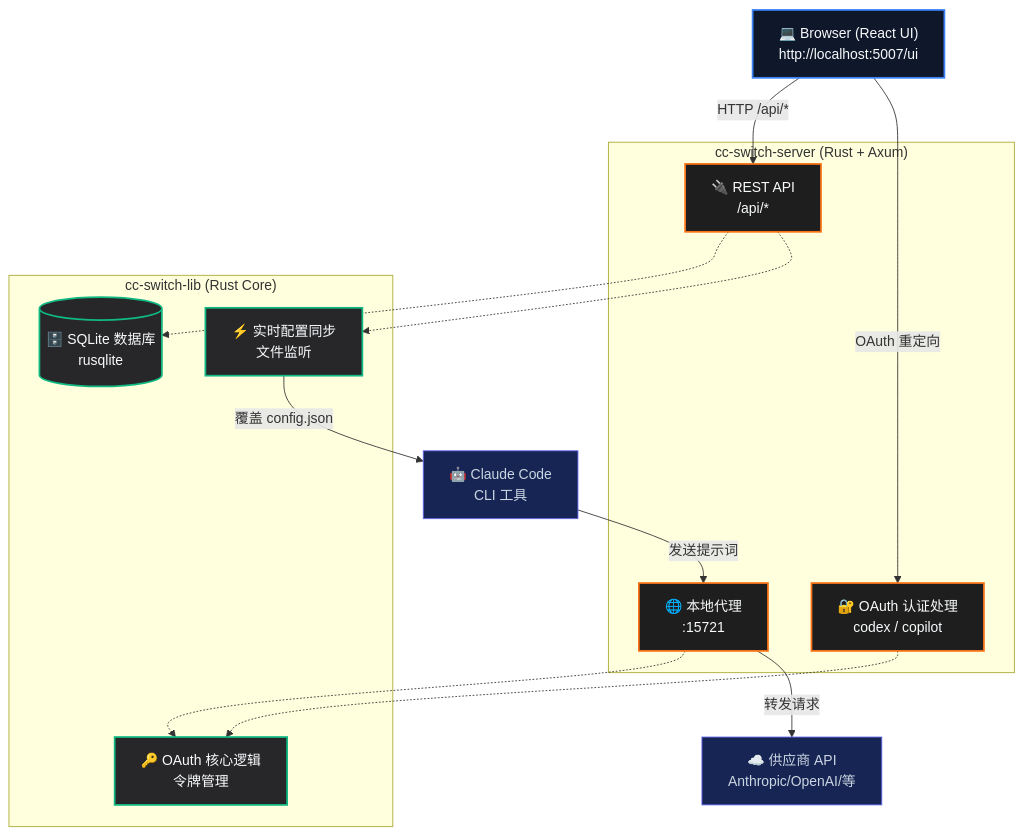
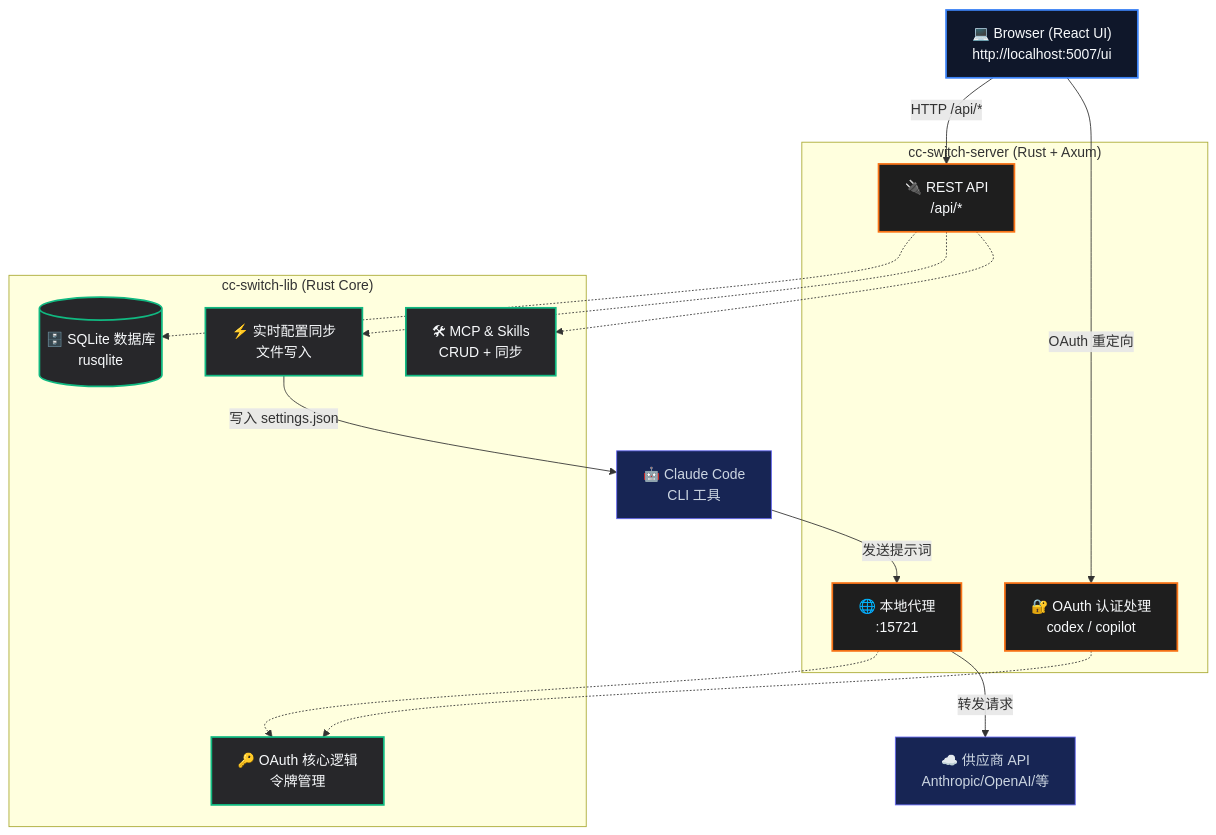
One commit to huangbogeng/cc-switch-ui changed the diagram in README_zh.md. Above: the diagram before and after it, drawn with Mermaid. The commit also changed other lines of this file and 1 other file, not shown here.

````diff
--- a/README_zh.md
+++ b/README_zh.md
@@ -148,39 +164,41 @@
 ```mermaid
 graph TD
     %% Define Styles
     classDef frontend fill:#0f172a,stroke:#3b82f6,stroke-width:2px,color:#f8fafc
     classDef backend fill:#1e1e1e,stroke:#f97316,stroke-width:2px,color:#f8fafc
     classDef library fill:#27272a,stroke:#10b981,stroke-width:2px,color:#f8fafc
     classDef ext fill:#172554,stroke:#6366f1,stroke-width:1px,color:#cbd5e1
 
     %% Nodes
     UI["💻 Browser (React UI)<br/>http://localhost:5007/ui"]:::frontend
     
     subgraph CC_Switch_Web ["cc-switch-server (Rust + Axum)"]
         API["🔌 REST API<br/>/api/*"]:::backend
         OAuth["🔐 OAuth 认证处理<br/>codex / copilot"]:::backend
         Proxy["🌐 本地代理<br/>:15721"]:::backend
     end
     
     subgraph CC_Switch_Lib ["cc-switch-lib (Rust Core)"]
         DB[("🗄️ SQLite 数据库<br/>rusqlite")]:::library
-        LiveConfig["⚡ 实时配置同步<br/>文件监听"]:::library
+        LiveConfig["⚡ 实时配置同步<br/>文件写入"]:::library
         OAuthCore["🔑 OAuth 核心逻辑<br/>令牌管理"]:::library
+        McpSkills["🛠 MCP & Skills<br/>CRUD + 同步"]:::library
     end
     
     ClaudeCode["🤖 Claude Code<br/>CLI 工具"]:::ext
     ProviderAPI["☁️ 供应商 API<br/>Anthropic/OpenAI/等"]:::ext
 
     %% Connections
     UI -- "HTTP /api/*" --> API
     UI -- "OAuth 重定向" --> OAuth
     
     API -.-> DB
     API -.-> LiveConfig
+    API -.-> McpSkills
     OAuth -.-> OAuthCore
     Proxy -.-> OAuthCore
     
-    LiveConfig -- "覆盖 config.json" --> ClaudeCode
+    LiveConfig -- "写入 settings.json" --> ClaudeCode
     ClaudeCode -- "发送提示词" --> Proxy
     Proxy -- "转发请求" --> ProviderAPI
 ```
````
